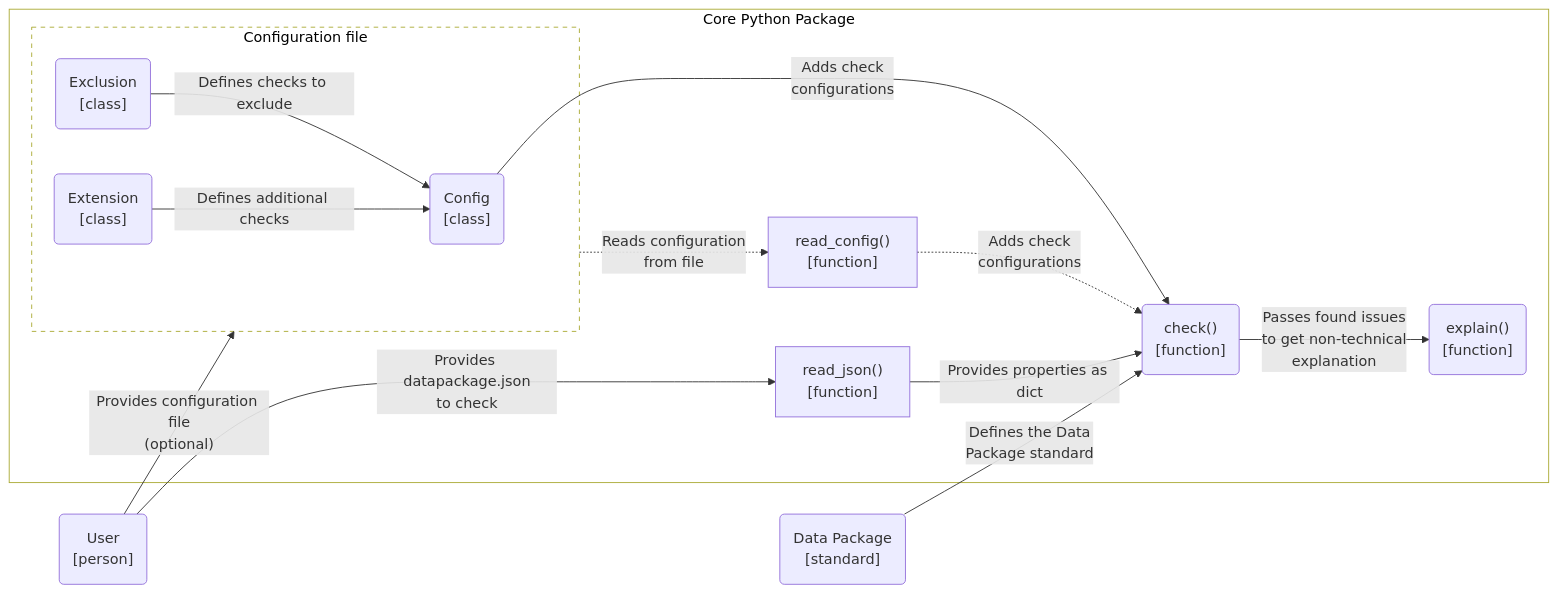
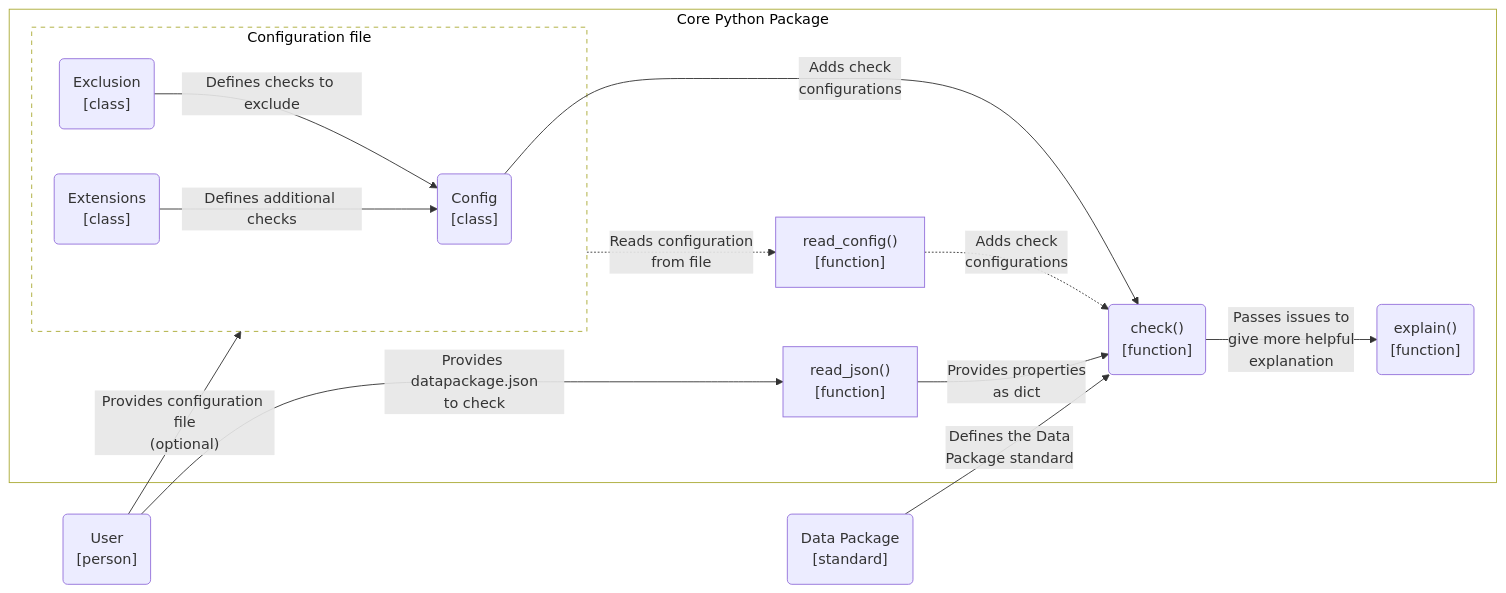
The third of 3 diagrams in docs/design/architecture.qmd (seedcase-project/check-datapackage), drawn with Mermaid before and after one commit. The commit also changed other lines of this file and 2 other files, not shown here.

Commit message:
docs: :pencil2: simple edits during review of design docs (#255)
# Description

Did a small review and make a few minor fixes.

Needs a quick review.

## Checklist

- [x] Formatted Markdown
- [x] Ran `just run-all`

---------

````diff
--- a/docs/design/architecture.qmd
+++ b/docs/design/architecture.qmd
@@ -197,40 +197,41 @@
 ```{mermaid}
 %%| label: fig-c4-component
 %%| fig-cap: "C4 component diagram showing the parts of the Python package and their connections."
+%%| column: page-right
 flowchart LR
 
     subgraph python_package["Core Python Package"]
 
         subgraph config_file["Configuration file"]
             config("Config<br>[class]")
             exclusion("Exclusion<br>[class]")
-            extension("Extension<br>[class]")
+            extension("Extensions<br>[class]")
         end
 
         read_config["read_config()<br>[function]"]
         read_json["read_json()<br>[function]"]
         check("check()<br>[function]")
         explain("explain()<br>[function]")
 
         exclusion --"Defines checks to exclude"--> config
         extension --"Defines additional checks"--> config
         config_file -. "Reads configuration<br>from file" .-> read_config
 
-        read_json --"Provides properties as dict"--> check
+        read_json --"Provides properties<br>as dict"--> check
         read_config -. "Adds check<br>configurations" .-> check
         config --"Adds check<br>configurations"--> check
 
-        check --"Passes found issues<br>to get non-technical<br>explanation"--> explain
+        check --"Passes issues to<br>give more helpful<br>explanation"--> explain
     end
 
     dp_standard("Data Package<br>[standard]")
     user("User<br>[person]")
 
     dp_standard --"Defines the Data<br>Package standard"--> check
     user --"Provides datapackage.json<br>to check"--> read_json
     user --"Provides configuration file<br>(optional)"--> config_file
 
     %% Styling
     style python_package fill:#FFFFFF, color:#000000
     style config_file fill:#FFFFFF, color:#000000, stroke-dasharray: 5 5
 ```
````
